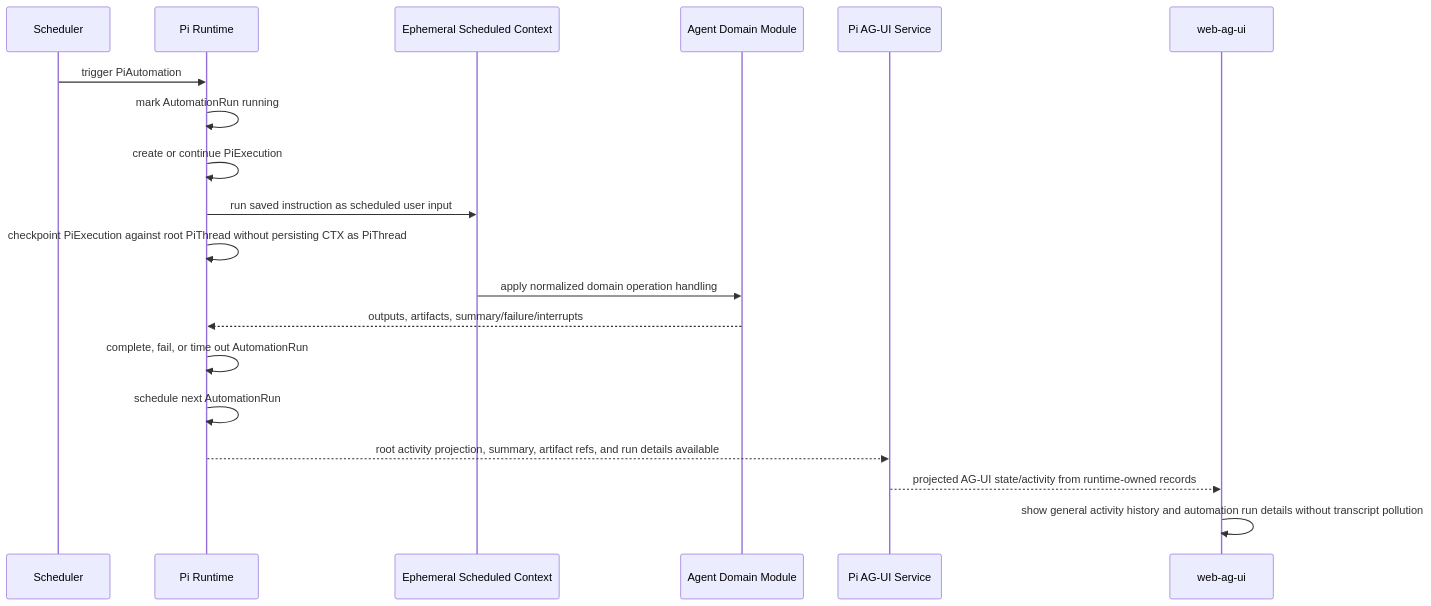
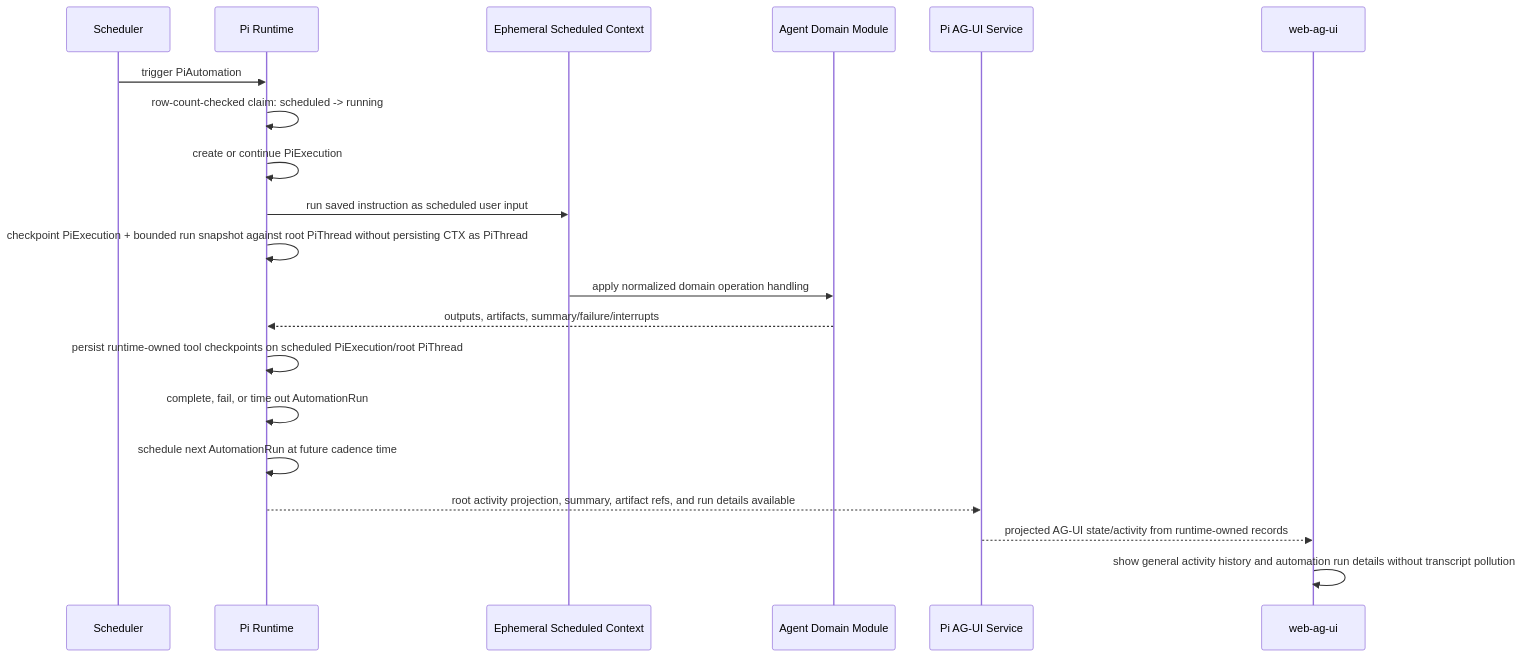
Before and after one commit to EmberAGI/arbitrum-vibekit: the sixth of 7 diagrams in typescript/clients/web-ag-ui/docs/c4-pi-runtime-architecture-and-boundaries.md, drawn with Mermaid. The commit also changed other lines of this file and 9 other files, not shown here.

Commit message:
fix(agent-runtime): persist scheduled run audit details

````diff
--- a/typescript/clients/web-ag-ui/docs/c4-pi-runtime-architecture-and-boundaries.md
+++ b/typescript/clients/web-ag-ui/docs/c4-pi-runtime-architecture-and-boundaries.md
@@ -339,22 +339,23 @@
 ```mermaid
 sequenceDiagram
   participant SCH as Scheduler
   participant RT as Pi Runtime
   participant CTX as Ephemeral Scheduled Context
   participant DM as Agent Domain Module
   participant AG as Pi AG-UI Service
   participant Web as web-ag-ui
 
   SCH->>RT: trigger PiAutomation
-  RT->>RT: mark AutomationRun running
+  RT->>RT: row-count-checked claim: scheduled -> running
   RT->>RT: create or continue PiExecution
   RT->>CTX: run saved instruction as scheduled user input
-  RT->>RT: checkpoint PiExecution against root PiThread without persisting CTX as PiThread
+  RT->>RT: checkpoint PiExecution + bounded run snapshot against root PiThread without persisting CTX as PiThread
   CTX->>DM: apply normalized domain operation handling
   DM-->>RT: outputs, artifacts, summary/failure/interrupts
+  RT->>RT: persist runtime-owned tool checkpoints on scheduled PiExecution/root PiThread
   RT->>RT: complete, fail, or time out AutomationRun
-  RT->>RT: schedule next AutomationRun
+  RT->>RT: schedule next AutomationRun at future cadence time
   RT-->>AG: root activity projection, summary, artifact refs, and run details available
   AG-->>Web: projected AG-UI state/activity from runtime-owned records
   Web->>Web: show general activity history and automation run details without transcript pollution
 ```
````
